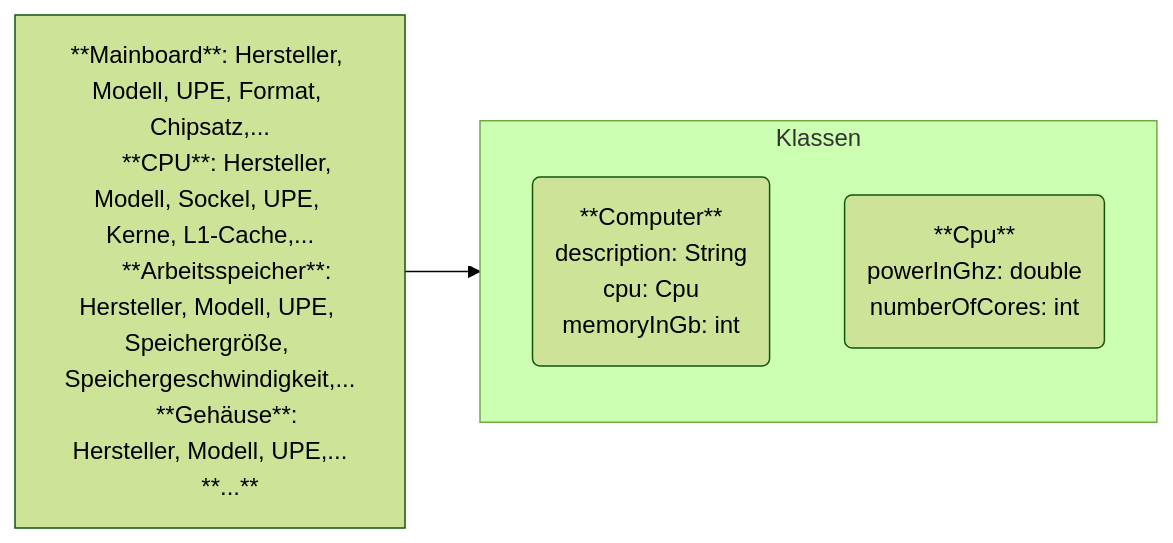
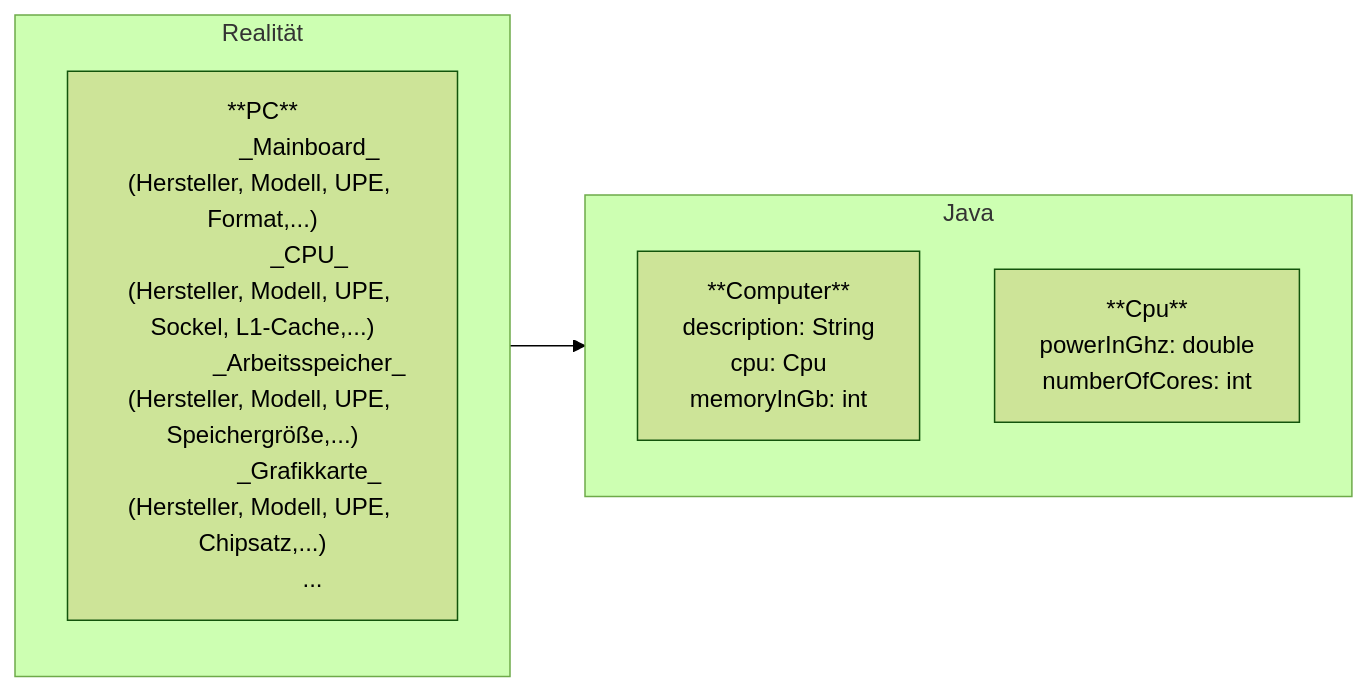
The second of 2 diagrams in docs/documentation/oo.md (jappuccini/java-docs), drawn with Mermaid (forest theme) before and after one commit. The commit also changed other lines of this file and 26 other files, not shown here.

Commit message:
Update Mermaid Format

````diff
--- a/docs/documentation/oo.md
+++ b/docs/documentation/oo.md
@@ -57,18 +55,21 @@
 ```mermaid
 flowchart LR
-    a[**Mainboard**: Hersteller, Modell, UPE, Format, Chipsatz,...
-      **CPU**: Hersteller, Modell, Sockel, UPE, Kerne, L1-Cache,...
-      **Arbeitsspeicher**: Hersteller, Modell, UPE, Speichergröße, Speichergeschwindigkeit,...
-      **Gehäuse**: Hersteller, Modell, UPE,...
-      **...**]
-    subgraph Klassen
-        computer(**Computer**
-                 description: String
-                 cpu: Cpu
-                 memoryInGb: int)
-        cpu(**Cpu**
-            powerInGhz: double
-            numberOfCores: int)
-    end
-    a --> Klassen
+   subgraph Realität
+      computer["**PC**
+               _Mainboard_ (Hersteller, Modell, UPE, Format,...)
+               _CPU_ (Hersteller, Modell, UPE, Sockel, L1-Cache,...)
+               _Arbeitsspeicher_ (Hersteller, Modell, UPE, Speichergröße,...)
+               _Grafikkarte_ (Hersteller, Modell, UPE, Chipsatz,...)
+               ..."]
+   end
+   subgraph Java
+      computer2[**Computer**
+               description: String
+               cpu: Cpu
+               memoryInGb: int]
+      cpu[**Cpu**
+          powerInGhz: double
+          numberOfCores: int]
+   end
+   Realität --> Java
 ```
````
